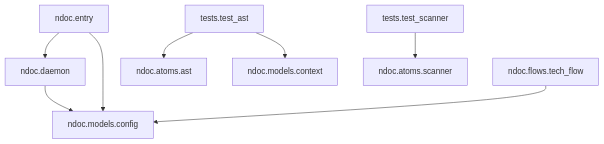
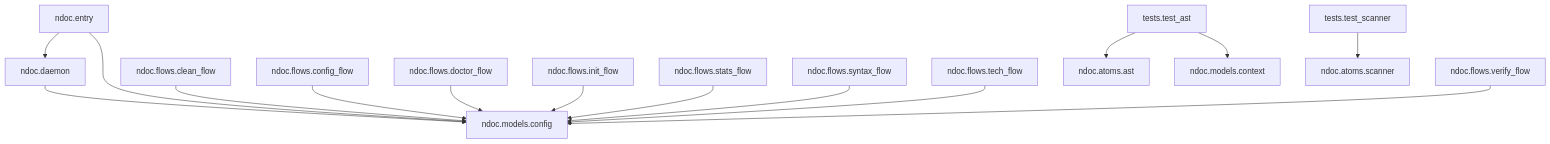
One commit to a986836755-max/Niki-docAI changed the diagram in _DEPS.md. Above: the diagram before and after it, drawn with Mermaid. The commit also changed 41 other files, not shown here.

````diff
--- a/_DEPS.md
+++ b/_DEPS.md
@@ -7,10 +7,17 @@
 ```mermaid
 graph TD
     ndoc.daemon --> ndoc.models.config
     ndoc.entry --> ndoc.daemon
     ndoc.entry --> ndoc.models.config
+    ndoc.flows.clean_flow --> ndoc.models.config
+    ndoc.flows.config_flow --> ndoc.models.config
+    ndoc.flows.doctor_flow --> ndoc.models.config
+    ndoc.flows.init_flow --> ndoc.models.config
+    ndoc.flows.stats_flow --> ndoc.models.config
+    ndoc.flows.syntax_flow --> ndoc.models.config
     ndoc.flows.tech_flow --> ndoc.models.config
+    ndoc.flows.verify_flow --> ndoc.models.config
     tests.test_ast --> ndoc.atoms.ast
     tests.test_ast --> ndoc.models.context
     tests.test_scanner --> ndoc.atoms.scanner
 ```
````
